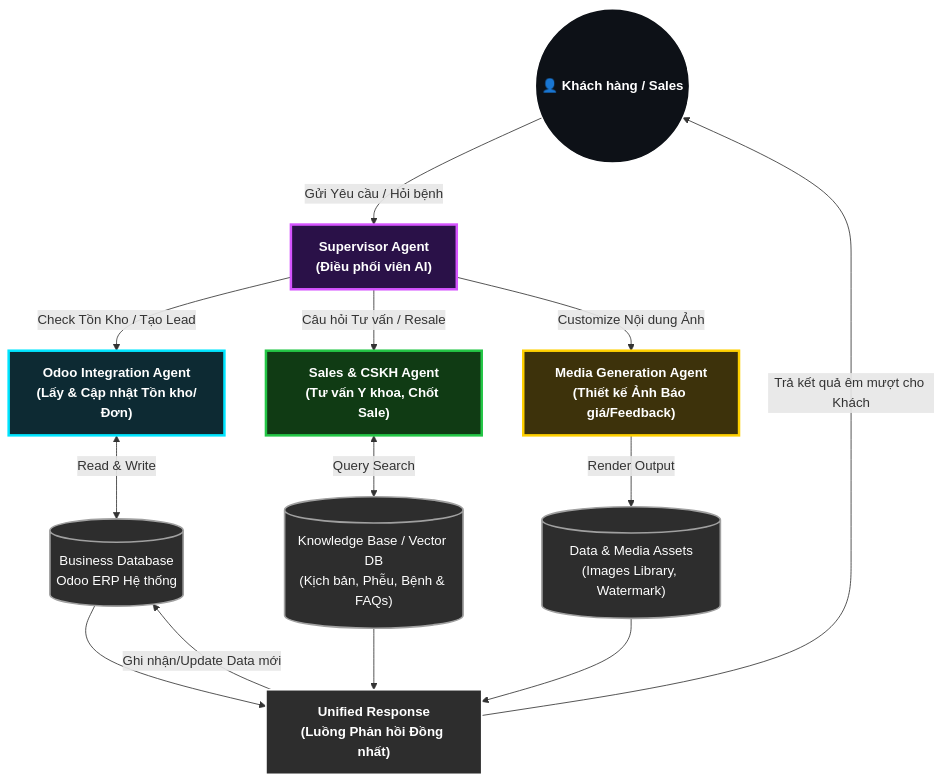
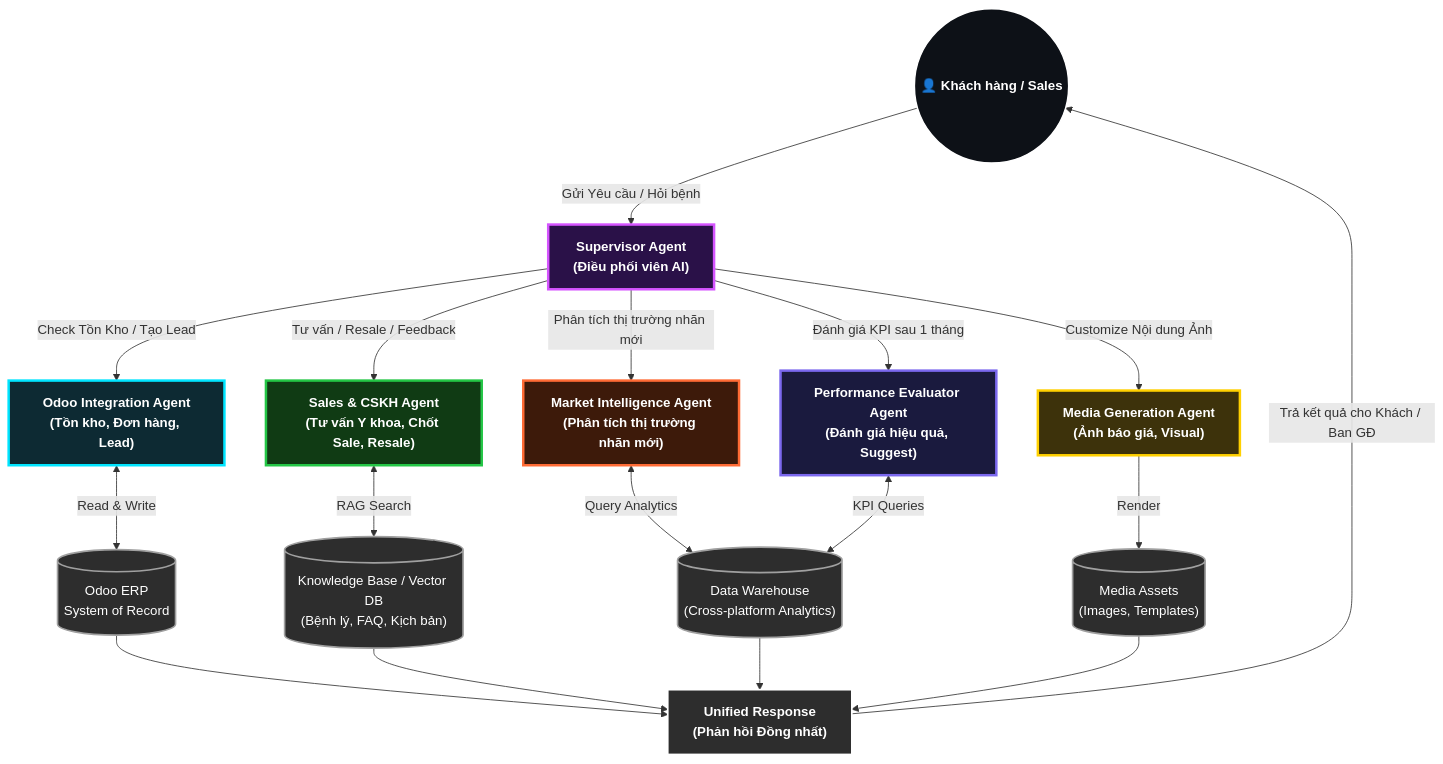
The diagram in public/analysis/projects__liver_detoxnic_ai_sales_bot__README.md (unclecatvn/ai-project), drawn with Mermaid before and after one commit. The commit also changed other lines of this file and 19 other files, not shown here.

Commit message:
feat: Add AI Enterprise Strategy Hub skill and validation checklists for comprehensive AI project planning. Introduced templates for strategy output and detailed comparisons between n8n and Flowise for AI Sales Bot integration. Enhanced file management with rollback and history tracking features.

````diff
--- a/public/analysis/projects__liver_detoxnic_ai_sales_bot__README.md
+++ b/public/analysis/projects__liver_detoxnic_ai_sales_bot__README.md
@@ -40,45 +72,47 @@
 ```mermaid
 graph TD
     classDef userNode fill:#0d1117,stroke:#ffffff,stroke-width:2px,color:#ffffff,font-weight:bold,rx:50,ry:50
     classDef superNode fill:#2a1148,stroke:#d554ff,stroke-width:3px,color:#ffffff,font-weight:bold
     classDef odooNode fill:#0d2a33,stroke:#00e5ff,stroke-width:3px,color:#ffffff,font-weight:bold
     classDef salesNode fill:#103b14,stroke:#24c646,stroke-width:3px,color:#ffffff,font-weight:bold
+    classDef marketNode fill:#3d1a0a,stroke:#ff6b35,stroke-width:3px,color:#ffffff,font-weight:bold
+    classDef evalNode fill:#1a1a3e,stroke:#7b68ee,stroke-width:3px,color:#ffffff,font-weight:bold
     classDef mediaNode fill:#3d320b,stroke:#ffd000,stroke-width:3px,color:#ffffff,font-weight:bold
     classDef dbNode fill:#2d2d2d,stroke:#a0a0a0,stroke-width:2px,color:#ffffff
     classDef uniNode fill:#2d2d2d,stroke:#ffffff,stroke-width:2px,color:#ffffff,font-weight:bold
 
     User(("👤 Khách hàng / Sales")):::userNode
     Sup["Supervisor Agent<br/>(Điều phối viên AI)"]:::superNode
 
-    %% Bước 1: Tiếp nhận yêu cầu
     User -- "Gửi Yêu cầu / Hỏi bệnh" --> Sup
 
-    %% Bước 2: Phân luồng Task
-    OdooAg["Odoo Integration Agent<br/>(Lấy & Cập nhật Tồn kho/Đơn)"]:::odooNode
-    SaleAg["Sales & CSKH Agent<br/>(Tư vấn Y khoa, Chốt Sale)"]:::salesNode
-    MediaAg["Media Generation Agent<br/>(Thiết kế Ảnh Báo giá/Feedback)"]:::mediaNode
+    OdooAg["Odoo Integration Agent<br/>(Tồn kho, Đơn hàng, Lead)"]:::odooNode
+    SaleAg["Sales & CSKH Agent<br/>(Tư vấn Y khoa, Chốt Sale, Resale)"]:::salesNode
+    MarketAg["Market Intelligence Agent<br/>(Phân tích thị trường nhãn mới)"]:::marketNode
+    EvalAg["Performance Evaluator Agent<br/>(Đánh giá hiệu quả, Suggest)"]:::evalNode
+    MediaAg["Media Generation Agent<br/>(Ảnh báo giá, Visual)"]:::mediaNode
 
     Sup -- "Check Tồn Kho / Tạo Lead" --> OdooAg
-    Sup -- "Câu hỏi Tư vấn / Resale" --> SaleAg
+    Sup -- "Tư vấn / Resale / Feedback" --> SaleAg
+    Sup -- "Phân tích thị trường nhãn mới" --> MarketAg
+    Sup -- "Đánh giá KPI sau 1 tháng" --> EvalAg
     Sup -- "Customize Nội dung Ảnh" --> MediaAg
 
-    %% Bước 3: Tương tác Dữ liệu / Data Sources
-    OdooDB[("Business Database<br/>Odoo ERP Hệ thống")]:::dbNode
-    KB[("Knowledge Base / Vector DB<br/>(Kịch bản, Phễu, Bệnh & FAQs)")]:::dbNode
-    Assets[("Data & Media Assets<br/>(Images Library, Watermark)")]:::dbNode
+    OdooDB[("Odoo ERP<br/>System of Record")]:::dbNode
+    KB[("Knowledge Base / Vector DB<br/>(Bệnh lý, FAQ, Kịch bản)")]:::dbNode
+    DWH[("Data Warehouse<br/>(Cross-platform Analytics)")]:::dbNode
+    Assets[("Media Assets<br/>(Images, Templates)")]:::dbNode
 
     OdooAg <-->|Read & Write| OdooDB
-    SaleAg <-->|Query Search| KB
-    MediaAg -->|Render Output| Assets
+    SaleAg <-->|RAG Search| KB
+    MarketAg <-->|Query Analytics| DWH
+    EvalAg <-->|KPI Queries| DWH
+    MediaAg -->|Render| Assets
 
-    %% Bước 4: Tổng hợp
-    Uni["Unified Response<br/>(Luồng Phản hồi Đồng nhất)"]:::uniNode
-
+    Uni["Unified Response<br/>(Phản hồi Đồng nhất)"]:::uniNode
     OdooDB --> Uni
     KB --> Uni
+    DWH --> Uni
     Assets --> Uni
-
-    %% Vòng lặp
-    Uni -- "Ghi nhận/Update Data mới" --> OdooDB
-    Uni -- "Trả kết quả êm mượt cho Khách" --> User
+    Uni -- "Trả kết quả cho Khách / Ban GĐ" --> User
 ```
````
